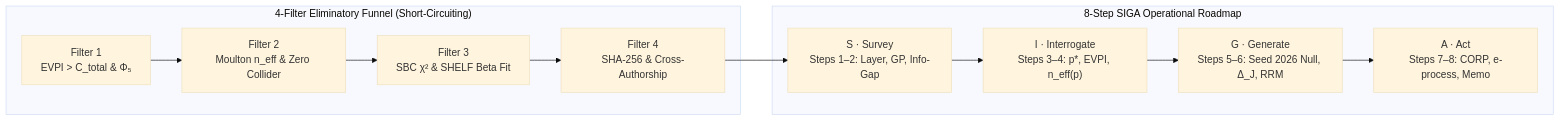
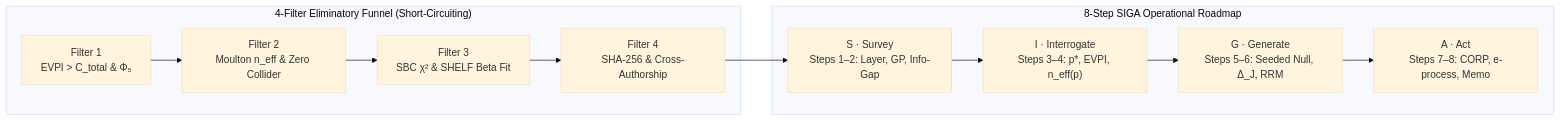
One commit to 0b3st4f3r4/stochology changed the diagram in book-src/26-funnel-siga.md. Above: the diagram before and after it, drawn with Mermaid (base theme). The commit also changed other lines of this file and 91 other files, not shown here.

````diff
--- a/book-src/26-funnel-siga.md
+++ b/book-src/26-funnel-siga.md
@@ -89,14 +89,14 @@
 ```mermaid
 flowchart LR
     subgraph FUNNEL["4-Filter Eliminatory Funnel (Short-Circuiting)"]
       F1["Filter 1<br/>EVPI &gt; C_total &amp; Φ₅"] --> F2["Filter 2<br/>Moulton n_eff &amp; Zero Collider"]
       F2 --> F3["Filter 3<br/>SBC χ² &amp; SHELF Beta Fit"]
       F3 --> F4["Filter 4<br/>SHA-256 &amp; Cross-Authorship"]
     end
     subgraph SIGA["8-Step SIGA Operational Roadmap"]
       S["S · Survey<br/>Steps 1–2: Layer, GP, Info-Gap"] --> I["I · Interrogate<br/>Steps 3–4: p*, EVPI, n_eff(p)"]
-      I --> G["G · Generate<br/>Steps 5–6: Seed 2026 Null, Δ_J, RRM"]
+      I --> G["G · Generate<br/>Steps 5–6: Seeded Null, Δ_J, RRM"]
       G --> A["A · Act<br/>Steps 7–8: CORP, e-process, Memo"]
     end
     F4 --> S
 ```
````
